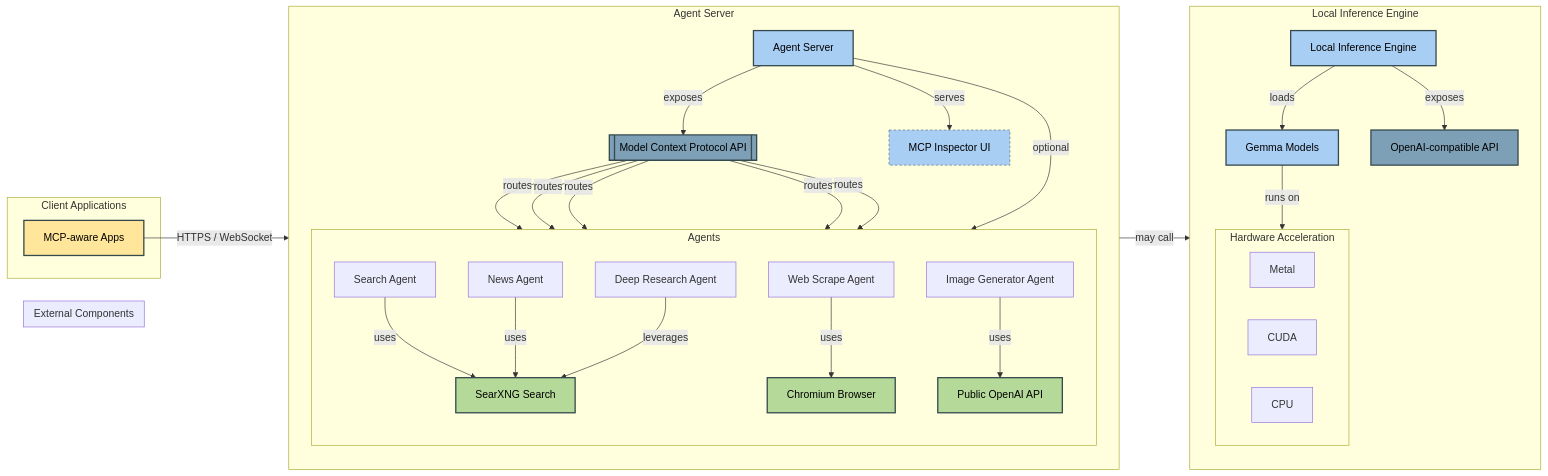
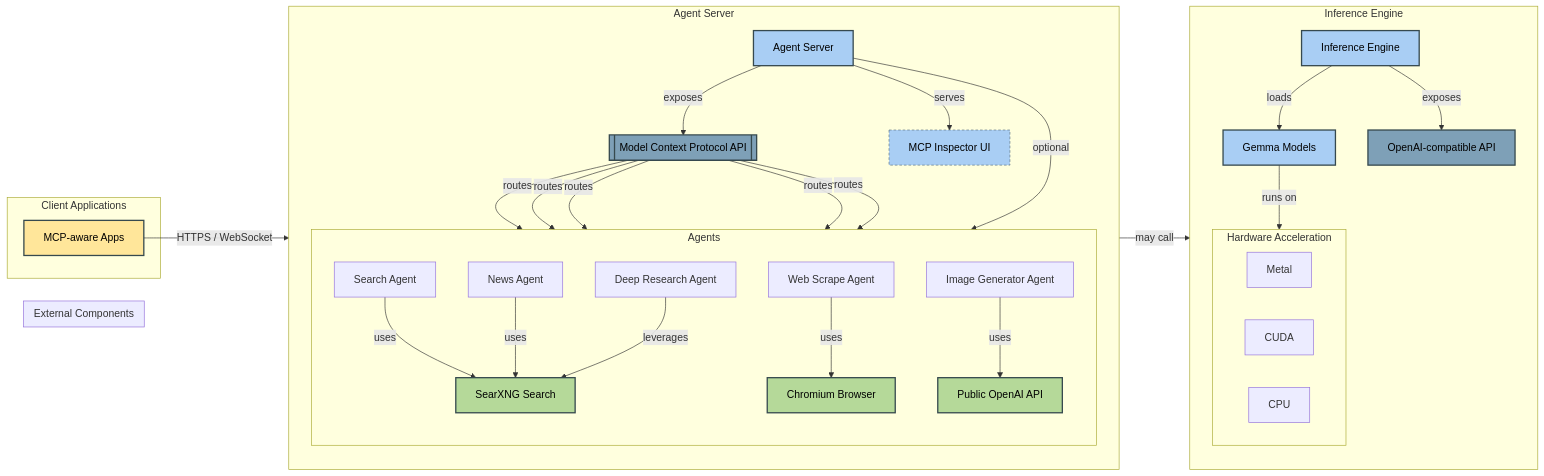
One commit to seemueller-io/open-web-agent-rs changed the diagram in README.md. Above: the diagram before and after it, drawn with Mermaid. The commit also changed other lines of this file and 23 other files, not shown here.

````diff
--- a/README.md
+++ b/README.md
@@ -37,68 +41,68 @@
 ```mermaid
 %% High‑fidelity architecture diagram – client‑ready
 flowchart LR
     %% ─────────────── Agent‑side ───────────────
     subgraph AGENT_SERVER["Agent Server"]
         direction TB
         AS["Agent Server"]:::core -->|exposes| MCP[["Model Context Protocol API"]]:::api
         AS -->|serves| UI["MCP Inspector UI"]:::ui
 
         subgraph AGENTS["Agents"]
             direction TB
             A_SEARCH["Search Agent"] -->|uses| SEARX
             A_NEWS["News Agent"]   -->|uses| SEARX
             A_SCRAPE["Web Scrape Agent"] -->|uses| BROWSER
             A_IMG["Image Generator Agent"]-->|uses| EXTERNAL_API
             A_RESEARCH["Deep Research Agent"] -->|leverages| SEARX
         end
 
         %% Individual fan‑out lines (no “&”)
         MCP -->|routes| A_SEARCH
         MCP -->|routes| A_NEWS
         MCP -->|routes| A_SCRAPE
         MCP -->|routes| A_IMG
         MCP -->|routes| A_RESEARCH
     end
 
     %% ─────────────── Local inference ───────────────
-    subgraph INFERENCE["Local Inference Engine"]
+    subgraph INFERENCE["Inference Engine"]
         direction TB
-        LIE["Local Inference Engine"]:::core -->|loads| MODELS["Gemma Models"]:::model
+        LIE["Inference Engine"]:::core -->|loads| MODELS["Gemma Models"]:::model
         LIE -->|exposes| OPENAI_API["OpenAI‑compatible API"]:::api
         MODELS -->|runs on| ACCEL
 
         subgraph ACCEL["Hardware Acceleration"]
             direction LR
             METAL[Metal]
             CUDA[CUDA]
             CPU[CPU]
         end
     end
 
     %% ─────────────── External bits ───────────────
     subgraph EXTERNAL["External Components"]
         direction TB
         SEARX["SearXNG Search"]:::ext
         BROWSER["Chromium Browser"]:::ext
         EXTERNAL_API["Public OpenAI API"]:::ext
     end
 
     %% ─────────────── Clients ───────────────
     subgraph CLIENTS["Client Applications"]
         CLIENT["MCP‑aware Apps"]:::client
     end
 
     %% ─────────────── Interactions ───────────────
     CLIENT -- "HTTPS / WebSocket" --> MCP
     AS --> |"may call"| OPENAI_API
     AS --> |"optional"| EXTERNAL_API
 
     %% ─────────────── Styling ───────────────
     classDef core   fill:#A9CEF4,stroke:#36494E,stroke-width:2px,color:#000;
     classDef api    fill:#7EA0B7,stroke:#36494E,stroke-width:2px,color:#000;
     classDef ui     fill:#A9CEF4,stroke:#597081,stroke-dasharray:4 3,color:#000;
     classDef model  fill:#A9CEF4,stroke:#36494E,stroke-width:2px,color:#000;
     classDef ext    fill:#B5D999,stroke:#36494E,stroke-width:2px,color:#000;
     classDef client fill:#FFE69A,stroke:#36494E,stroke-width:2px,color:#000;
 
 ```
````
